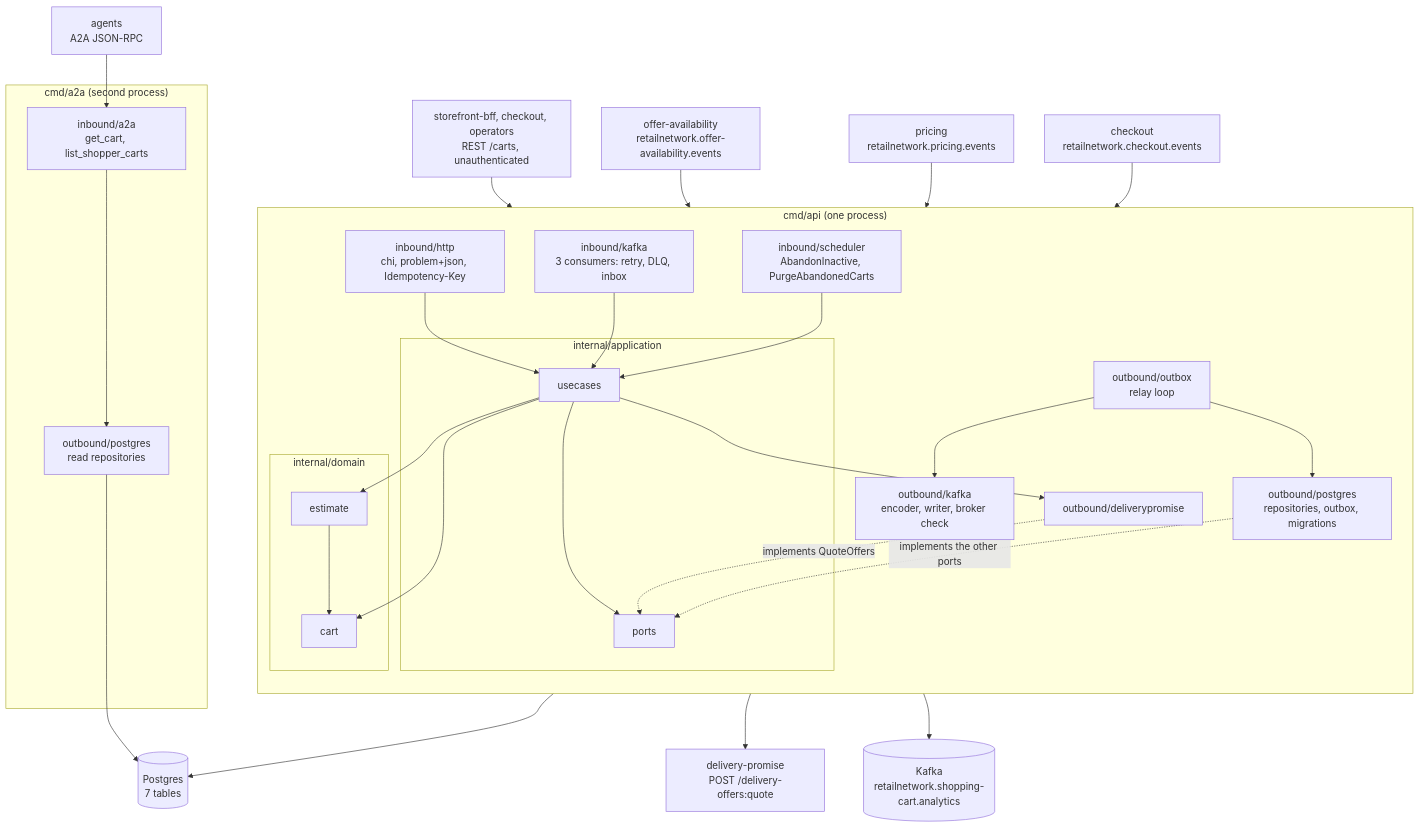
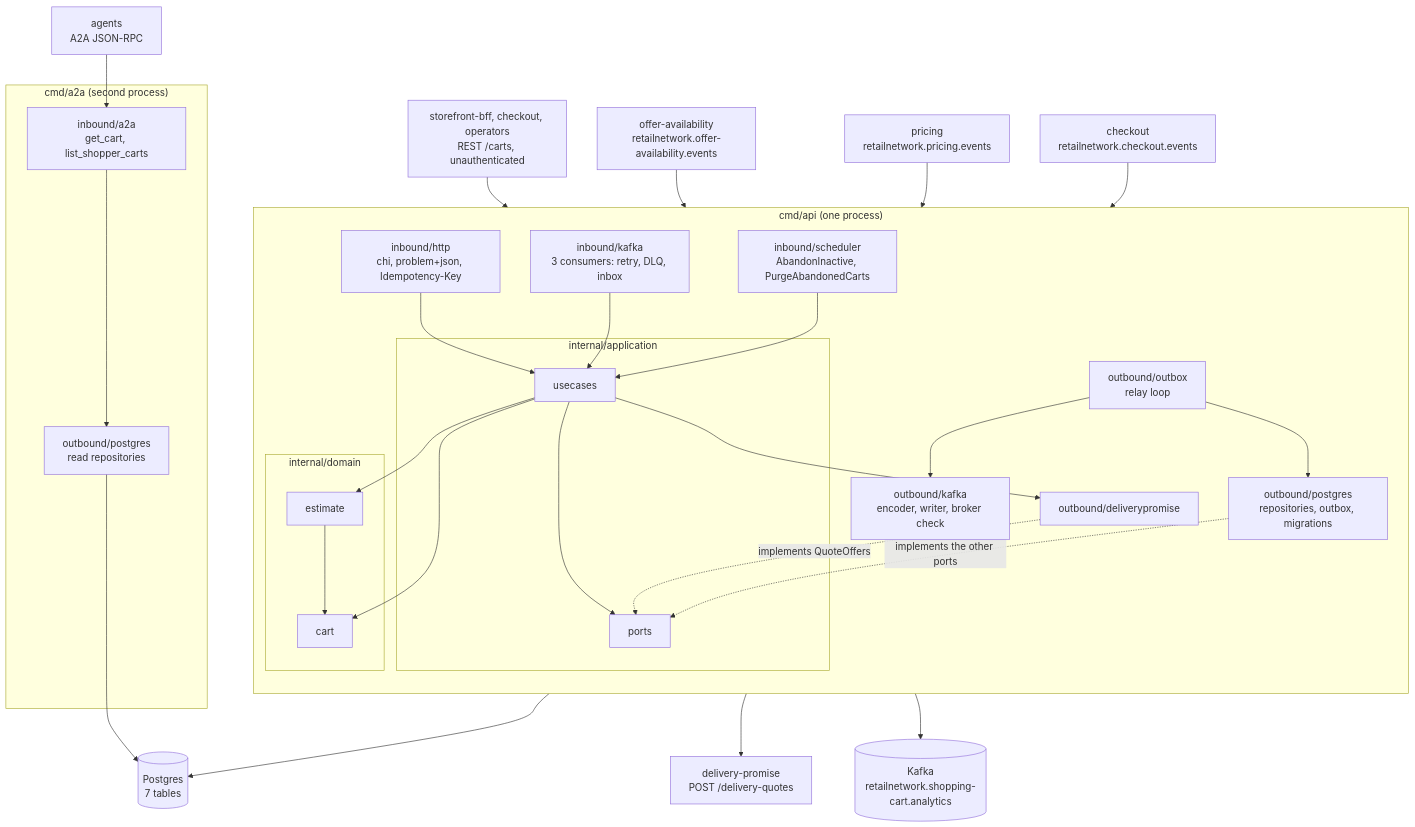
One commit to IQVO/shopping-cart changed the diagram in docs/docs/overview/architecture.md. Above: the diagram before and after it, drawn with Mermaid. The commit also changed other lines of this file and 14 other files, not shown here.

First line of the commit message:
docs(shopping-cart): use the ADR 0008 route names in every page and diagram

````diff
--- a/docs/docs/overview/architecture.md
+++ b/docs/docs/overview/architecture.md
@@ -57,55 +57,55 @@
 ```mermaid
 flowchart TB
     CLI["storefront-bff, checkout, operators<br/>REST /carts, unauthenticated"]
     AGT["agents<br/>A2A JSON-RPC"]
     OA["offer-availability<br/>retailnetwork.offer-availability.events"]
     PR["pricing<br/>retailnetwork.pricing.events"]
     CK["checkout<br/>retailnetwork.checkout.events"]
-    DP["delivery-promise<br/>POST /delivery-offers:quote"]
+    DP["delivery-promise<br/>POST /delivery-quotes"]
     subgraph api["cmd/api (one process)"]
         direction TB
         http["inbound/http<br/>chi, problem+json, Idempotency-Key"]
         kin["inbound/kafka<br/>3 consumers: retry, DLQ, inbox"]
         sch["inbound/scheduler<br/>AbandonInactive, PurgeAbandonedCarts"]
         subgraph app["internal/application"]
             uc["usecases"]
             ports["ports"]
         end
         subgraph dom["internal/domain"]
             cartd["cart"]
             est["estimate"]
         end
         dpc["outbound/deliverypromise"]
         pg["outbound/postgres<br/>repositories, outbox, migrations"]
         relay["outbound/outbox<br/>relay loop"]
         kout["outbound/kafka<br/>encoder, writer, broker check"]
     end
     subgraph a2a["cmd/a2a (second process)"]
         a2ain["inbound/a2a<br/>get_cart, list_shopper_carts"]
         a2apg["outbound/postgres<br/>read repositories"]
     end
     PG[("Postgres<br/>7 tables")]
     KB[("Kafka<br/>retailnetwork.shopping-cart.analytics")]
     CLI --> http
     AGT --> a2ain
     OA --> kin
     PR --> kin
     CK --> kin
     http --> uc
     kin --> uc
     sch --> uc
     uc --> ports
     uc --> cartd
     uc --> est
     est --> cartd
     dpc -. implements QuoteOffers .-> ports
     pg -. implements the other ports .-> ports
     uc --> dpc
     dpc --> DP
     pg --> PG
     relay --> pg
     relay --> kout
     kout --> KB
     a2ain --> a2apg
     a2apg --> PG
 ```
````
